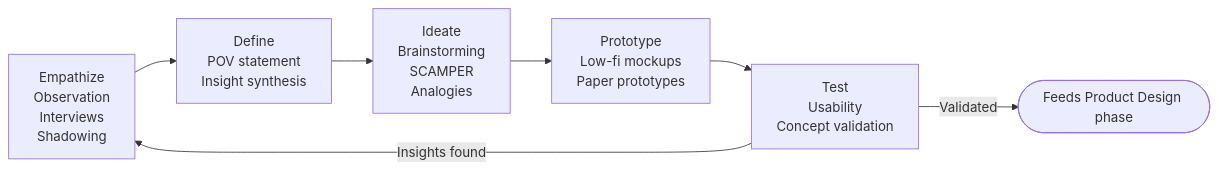
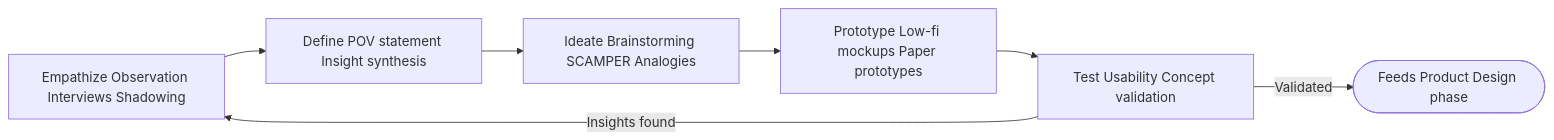
One commit to ivanyeors/product-agentic-templates changed the fifth of 7 diagrams in .cursor/skills/01-product-discovery/pdlc-frameworks.md. Above: the diagram before and after it, drawn with Mermaid. The commit also changed other lines of this file and 39 other files, not shown here.

````diff
--- a/.cursor/skills/01-product-discovery/pdlc-frameworks.md
+++ b/.cursor/skills/01-product-discovery/pdlc-frameworks.md
@@ -127,9 +127,9 @@
 ```mermaid
 flowchart LR
-    empathize["Empathize\nObservation\nInterviews\nShadowing"] --> define["Define\nPOV statement\nInsight synthesis"]
-    define --> ideate["Ideate\nBrainstorming\nSCAMPER\nAnalogies"]
-    ideate --> prototype["Prototype\nLow-fi mockups\nPaper prototypes"]
-    prototype --> test["Test\nUsability\nConcept validation"]
+    empathize["Empathize Observation Interviews Shadowing"] --> define["Define POV statement Insight synthesis"]
+    define --> ideate["Ideate Brainstorming SCAMPER Analogies"]
+    ideate --> prototype["Prototype Low-fi mockups Paper prototypes"]
+    prototype --> test["Test Usability Concept validation"]
     test -->|Insights found| empathize
     test -->|Validated| done([Feeds Product Design phase])
 ```
````
